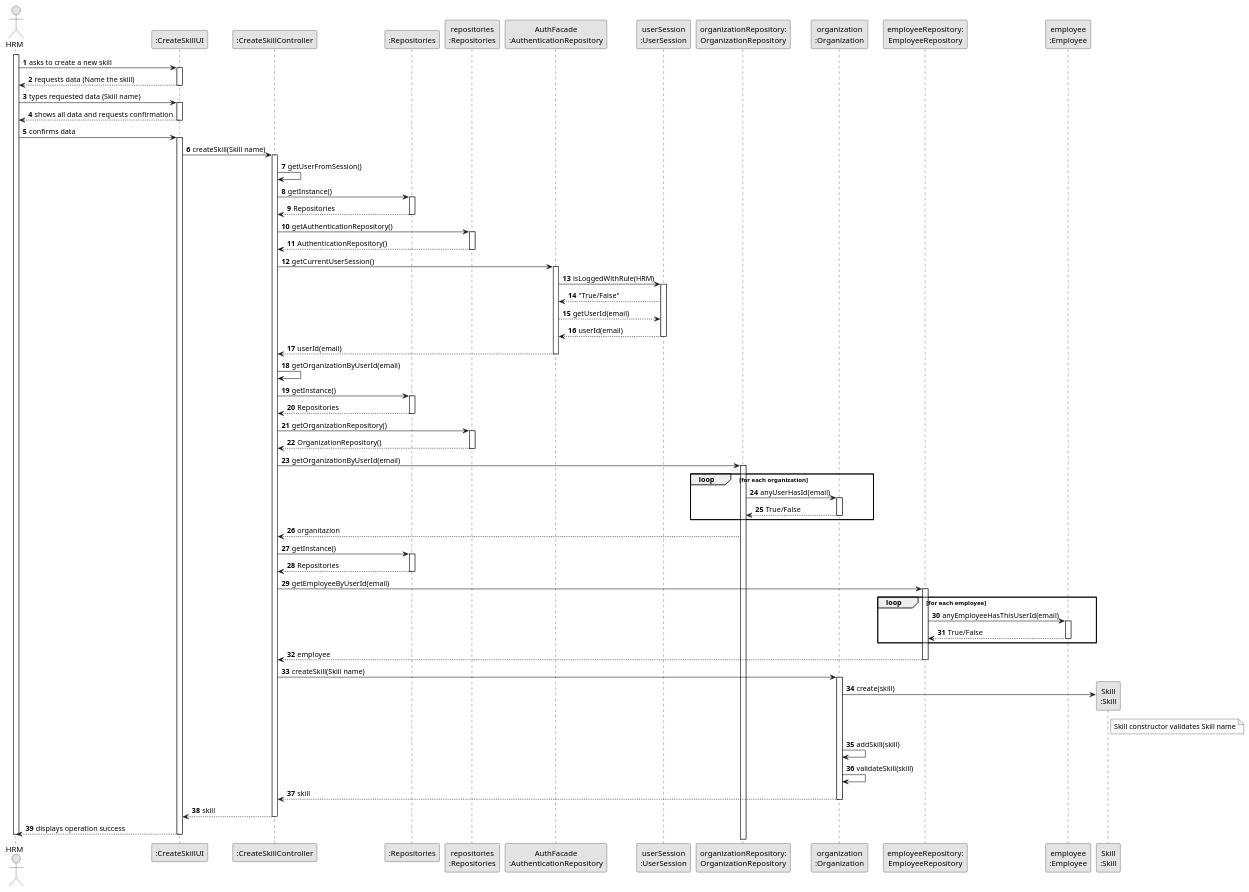
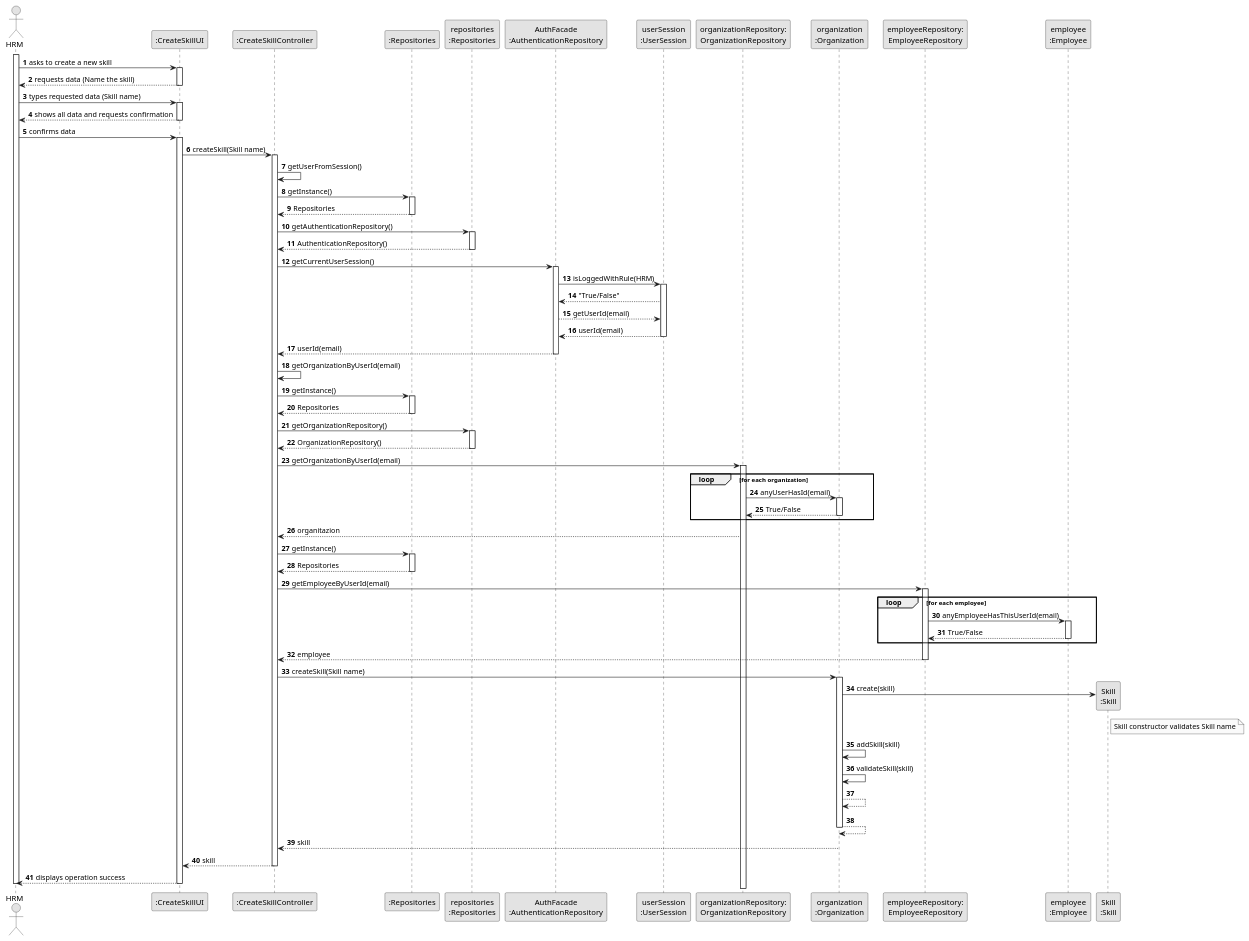
One commit to Mendoncaa/LAPR2 changed the diagram in docs/sprintC/us001/03.design/puml/us001-sequence-diagram-full.puml. Above: the diagram before and after it, drawn with PlantUML. The commit also changed 4 other files, not shown here.

Commit message:
Update class diagram US01; Update sequence diagram (US01, US04, US28)

```diff
--- a/docs/sprintC/us001/03.design/puml/us001-sequence-diagram-full.puml
+++ b/docs/sprintC/us001/03.design/puml/us001-sequence-diagram-full.puml
@@ -1,145 +1,144 @@
 @startuml
 skinparam monochrome true
 skinparam packageStyle rectangle
 skinparam shadowing false
 
 autonumber
 
 'hide footbox
 actor "HRM" as ADM
 participant ":CreateSkillUI" as UI
 participant ":CreateSkillController" as CTRL
 participant ":Repositories" as RepositorySingleton
 participant "repositories\n:Repositories" as PLAT
 participant "AuthFacade\n:AuthenticationRepository" as AUTHREP
 participant "userSession\n:UserSession" as USER
 participant "organizationRepository:\nOrganizationRepository" as OrganizationRepository
 participant "organization\n:Organization" as ORG
 participant "employeeRepository:\nEmployeeRepository" as EMPREP
 participant "employee\n:Employee" as EMP
 participant "Skill\n:Skill" as SKILL
 
 activate ADM
 
         ADM -> UI : asks to create a new skill
         activate UI
 
         UI --> ADM : requests data (Name the skill)
     deactivate UI
 
     ADM -> UI : types requested data (Skill name)
     activate UI
 
         UI --> ADM : shows all data and requests confirmation
     deactivate UI
 
     ADM -> UI : confirms data
     activate UI
 
         UI -> CTRL : createSkill(Skill name)
         activate CTRL
 
         CTRL -> CTRL : getUserFromSession()
 
         CTRL -> RepositorySingleton : getInstance()
         activate RepositorySingleton
         CTRL <-- RepositorySingleton : Repositories
         deactivate RepositorySingleton
 
         CTRL -> PLAT : getAuthenticationRepository()
 
         activate PLAT
         CTRL <-- PLAT : AuthenticationRepository()
         deactivate PLAT
 
         CTRL -> AUTHREP : getCurrentUserSession()
         activate AUTHREP
 
         AUTHREP -> USER : isLoggedWithRule(HRM)
         activate USER
 
         AUTHREP <-- USER : "True/False"
         AUTHREP --> USER : getUserId(email)
         AUTHREP <-- USER : userId(email)
         deactivate USER
 
         CTRL <-- AUTHREP : userId(email)
         deactivate AUTHREP
 
         CTRL -> CTRL : getOrganizationByUserId(email)
 
 
         CTRL -> RepositorySingleton : getInstance()
         activate RepositorySingleton
         CTRL <-- RepositorySingleton : Repositories
         deactivate RepositorySingleton
 
 
 
         CTRL -> PLAT : getOrganizationRepository()
         activate PLAT
         CTRL <-- PLAT : OrganizationRepository()
         deactivate PLAT
 
 
         CTRL -> OrganizationRepository :getOrganizationByUserId(email)
         activate OrganizationRepository
             loop for each organization
             OrganizationRepository -> ORG : anyUserHasId(email)
             activate ORG
             OrganizationRepository <-- ORG : True/False
             deactivate ORG
             end loop
 
         CTRL <-- OrganizationRepository : organitazion
 
         CTRL -> RepositorySingleton : getInstance()
              activate RepositorySingleton
              CTRL <-- RepositorySingleton : Repositories
               deactivate RepositorySingleton
 
          CTRL -> EMPREP :getEmployeeByUserId(email)
              activate EMPREP
              loop for each employee
              EMPREP -> EMP : anyEmployeeHasThisUserId(email)
              activate EMP
              EMPREP <-- EMP : True/False
              deactivate EMP
              end loop
 
              CTRL <-- EMPREP : employee
              deactivate EMPREP
 
 
 
         CTRL -> ORG: createSkill(Skill name)
             activate ORG
 
             ORG -> SKILL**: create(skill)
             note right of SKILL
             Skill constructor validates Skill name
             endnote
 
-
-
-
             ORG -> ORG: addSkill(skill)
-
             ORG -> ORG: validateSkill(skill)
 
+            ORG --> ORG
+            ORG --> ORG
+            deactivate ORG
 
 
             ORG --> CTRL : skill
             deactivate ORG
 
             CTRL --> UI: skill
             deactivate CTRL
             UI --> ADM: displays operation success
     deactivate UI
 
 deactivate ADM
 
 
 
 
 @enduml
```
